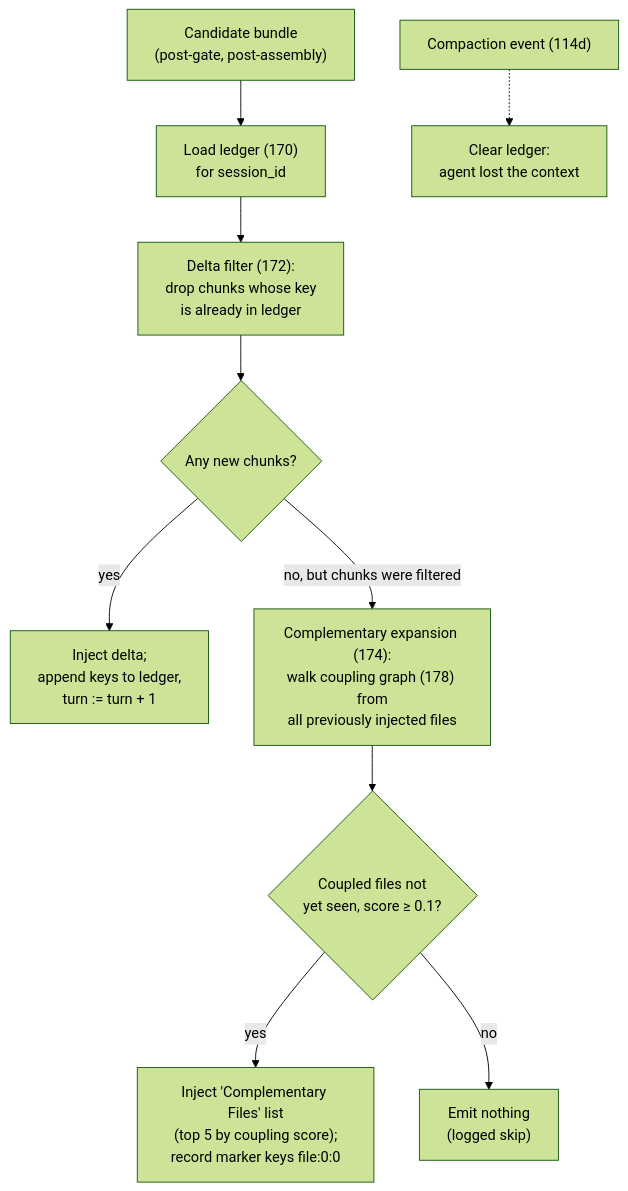
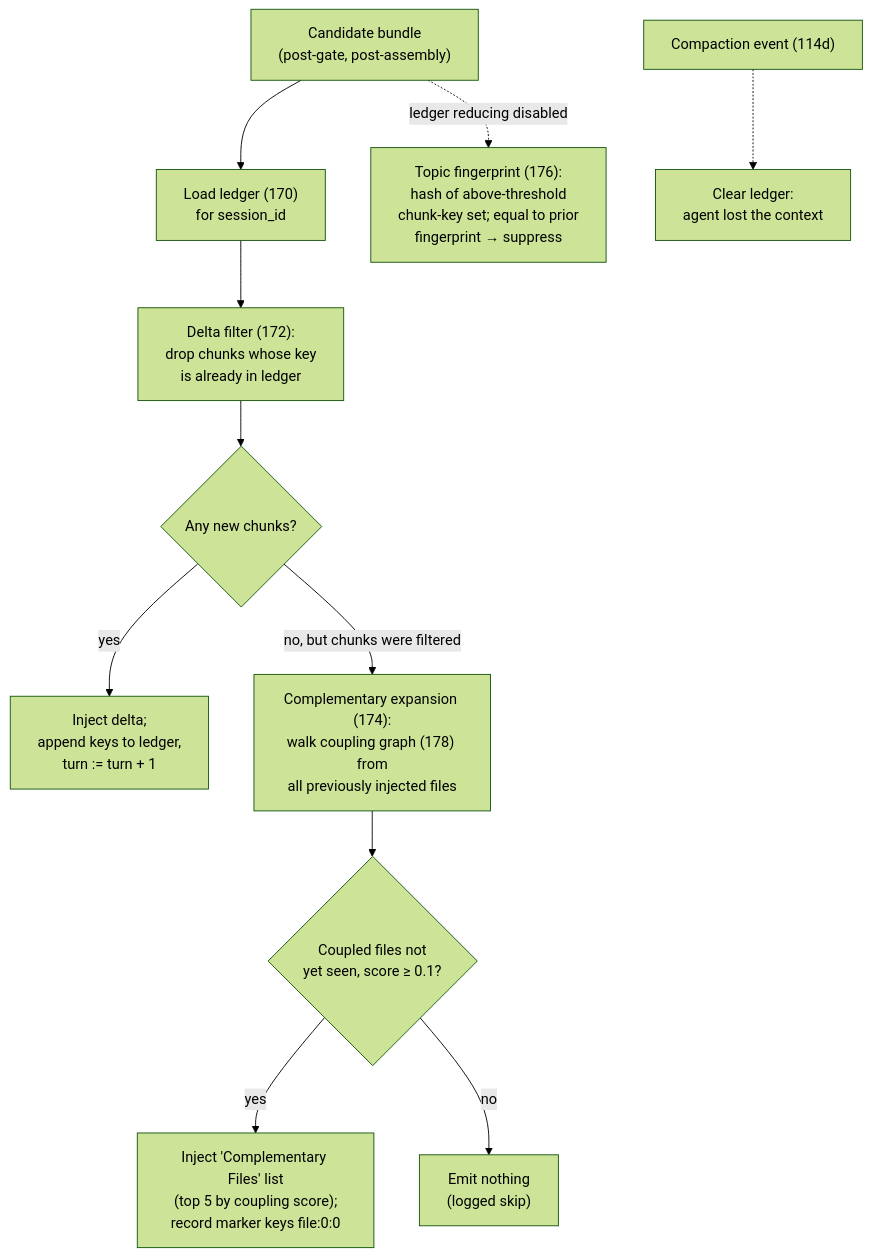
The fifth of 7 diagrams in docs/patents/provisional-retrieval-cluster.md (scbrown/bobbin), drawn with Mermaid (forest theme) before and after one commit. The commit also changed other lines of this file and 1 other file, not shown here.

````diff
--- a/docs/patents/provisional-retrieval-cluster.md
+++ b/docs/patents/provisional-retrieval-cluster.md
@@ -261,12 +261,13 @@
 ```mermaid
 flowchart TB
     CAND["Candidate bundle<br/>(post-gate, post-assembly)"] --> LOAD["Load ledger (170)<br/>for session_id"]
+    CAND -.-> |"ledger reducing disabled"| FP["Topic fingerprint (176):<br/>hash of above-threshold<br/>chunk-key set; equal to prior<br/>fingerprint → suppress"]
     LOAD --> FILT["Delta filter (172):<br/>drop chunks whose key<br/>is already in ledger"]
     FILT --> ANY{"Any new chunks?"}
     ANY -- yes --> INJ["Inject delta;<br/>append keys to ledger,<br/>turn := turn + 1"]
     ANY -- "no, but chunks were filtered" --> COMP["Complementary expansion (174):<br/>walk coupling graph (178) from<br/>all previously injected files"]
-    COMP --> UNSEEN{"Coupled files not<br/>yet seen, score ≥ 0.1?"}
+    COMP --> UNSEEN{"Coupled files not<br/>yet seen, score &ge; 0.1?"}
     UNSEEN -- yes --> SUGG["Inject 'Complementary Files' list<br/>(top 5 by coupling score);<br/>record marker keys file:0:0"]
     UNSEEN -- no --> SILENT["Emit nothing<br/>(logged skip)"]
     COMPACT["Compaction event (114d)"] -.-> CLEAR["Clear ledger:<br/>agent lost the context"]
 ```
````
